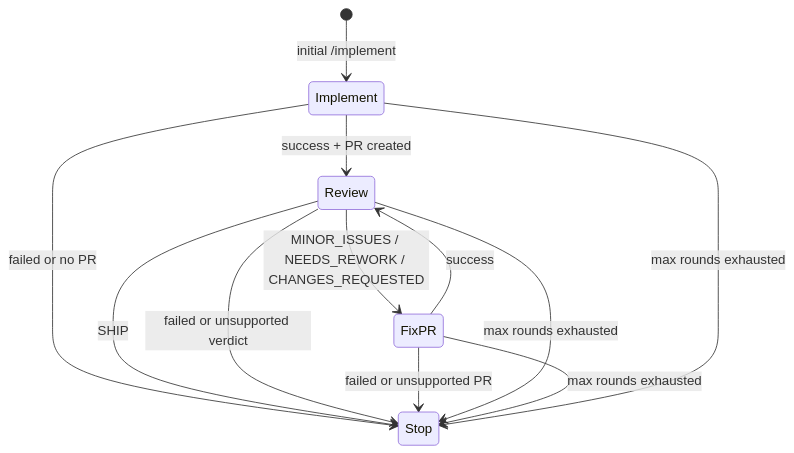
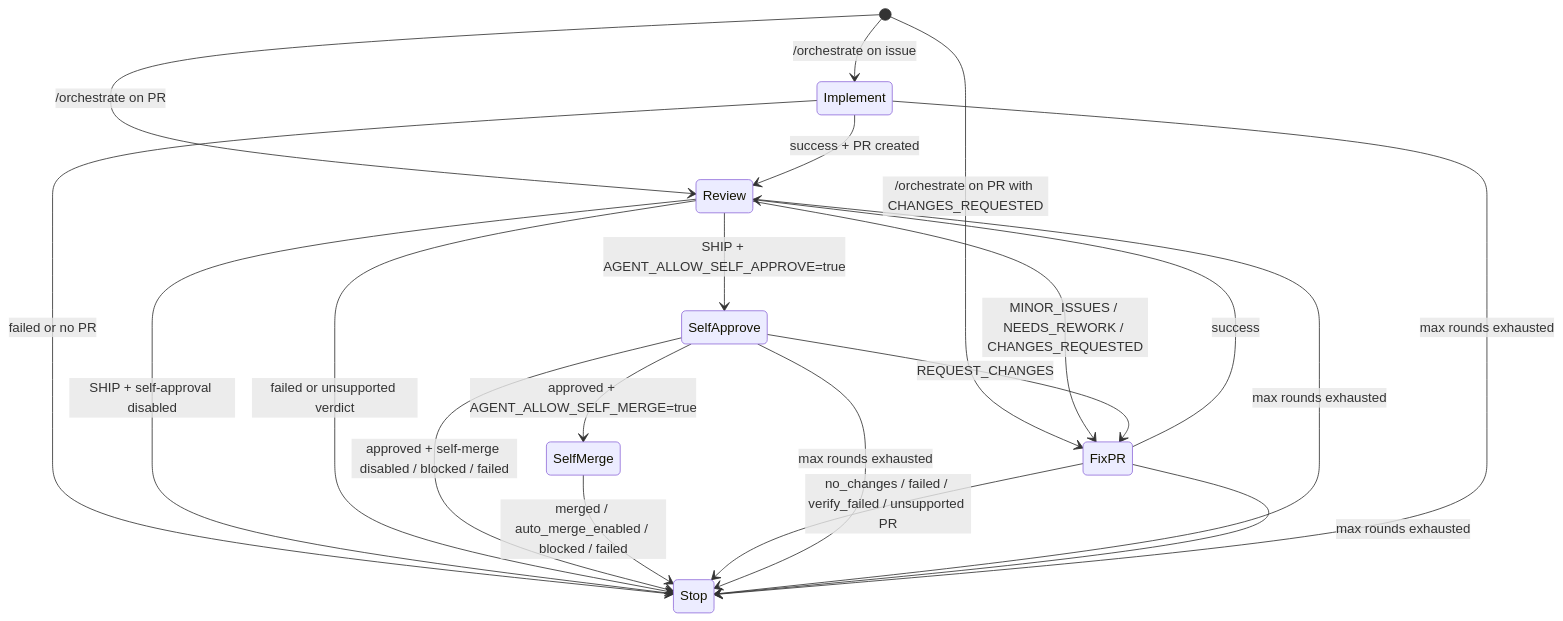
Before and after one commit to self-evolving/literature-template: the diagram in content/docs/technical-details/agent-orchestrator.md, drawn with Mermaid. The commit also changed other lines of this file and 16 other files, not shown here.

````diff
--- a/content/docs/technical-details/agent-orchestrator.md
+++ b/content/docs/technical-details/agent-orchestrator.md
@@ -23,17 +22,27 @@
 ```mermaid
 stateDiagram-v2
-    [*] --> Implement: initial /implement
+    [*] --> Implement: /orchestrate on issue
+    [*] --> Review: /orchestrate on PR
+    [*] --> FixPR: /orchestrate on PR with CHANGES_REQUESTED
+
     Implement --> Review: success + PR created
     Implement --> Stop: failed or no PR
 
+    Review --> SelfApprove: SHIP + AGENT_ALLOW_SELF_APPROVE=true
     Review --> FixPR: MINOR_ISSUES / NEEDS_REWORK / CHANGES_REQUESTED
-    Review --> Stop: SHIP
+    Review --> Stop: SHIP + self-approval disabled
     Review --> Stop: failed or unsupported verdict
 
+    SelfApprove --> FixPR: REQUEST_CHANGES
+    SelfApprove --> SelfMerge: approved + AGENT_ALLOW_SELF_MERGE=true
+    SelfApprove --> Stop: approved + self-merge disabled / blocked / failed
+    SelfMerge --> Stop: merged / auto_merge_enabled / blocked / failed
+
     FixPR --> Review: success
-    FixPR --> Stop: failed or unsupported PR
+    FixPR --> Stop: no_changes / failed / verify_failed / unsupported PR
 
+    SelfApprove --> Stop: max rounds exhausted
     Review --> Stop: max rounds exhausted
     FixPR --> Stop: max rounds exhausted
     Implement --> Stop: max rounds exhausted
 ```
````
